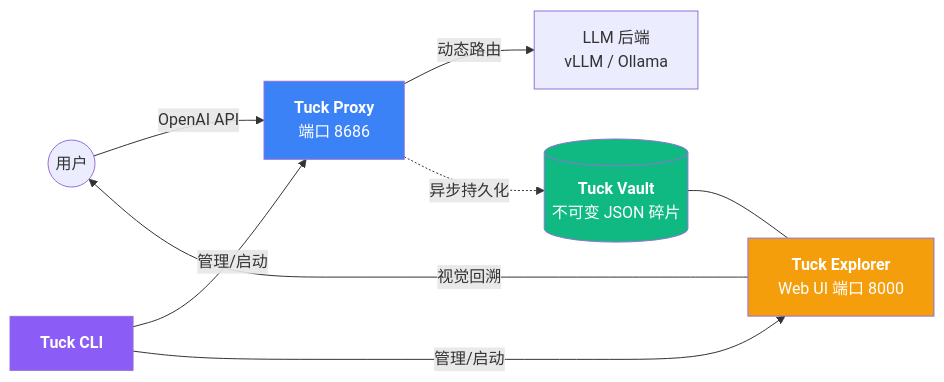
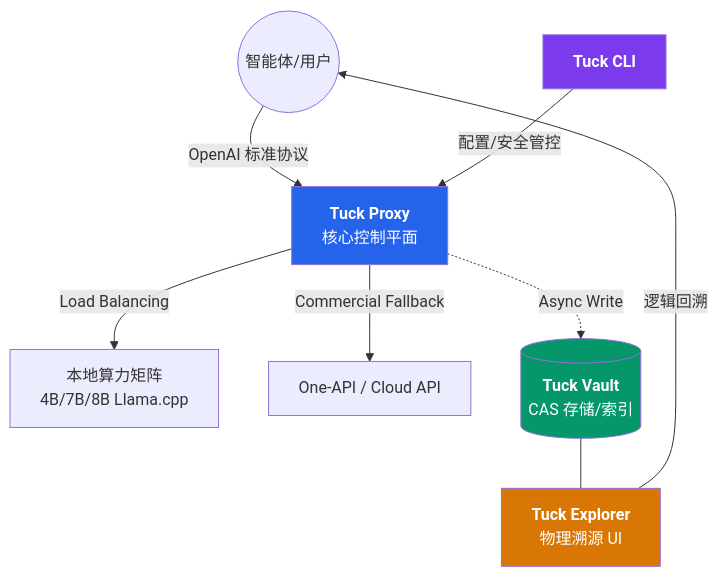
One commit to Jasonmilk/Tuck changed the diagram in README.md. Above: the diagram before and after it, drawn with Mermaid. The commit also changed other lines of this file, not shown here.

````diff
--- a/README.md
+++ b/README.md
@@ -40,17 +38,18 @@
 ```mermaid
-graph LR
-    User((用户)) -->|OpenAI API| Proxy[<b>Tuck Proxy</b><br/>端口 8686]
-    Proxy -->|动态路由| LLM[LLM 后端<br/>vLLM / Ollama]
-    Proxy -.->|异步持久化| Vault[(<b>Tuck Vault</b><br/>不可变 JSON 碎片)]
+graph TD
+    User((智能体/用户)) -->|OpenAI 标准协议| Proxy[<b>Tuck Proxy</b><br/>核心控制平面]
+    Proxy -->|Load Balancing| Local_LLM[本地算力矩阵<br/>4B/7B/8B Llama.cpp]
+    Proxy -->|Commercial Fallback| OneAPI[One-API / Cloud API]
     
-    Vault --- Explorer[<b>Tuck Explorer</b><br/>Web UI 端口 8000]
-    Explorer -->|视觉回溯| User
+    Proxy -.->|Async Write| Vault[(<b>Tuck Vault</b><br/>CAS 存储/索引)]
     
-    CLI[<b>Tuck CLI</b>] -->|管理/启动| Proxy
-    CLI -->|管理/启动| Explorer
+    Vault --- Explorer[<b>Tuck Explorer</b><br/>物理溯源 UI]
+    Explorer -->|逻辑回溯| User
     
-    style Proxy fill:#3b82f6,color:#fff
-    style Vault fill:#10b981,color:#fff
-    style Explorer fill:#f59e0b,color:#fff
-    style CLI fill:#8b5cf6,color:#fff
+    CLI[<b>Tuck CLI</b>] -->|配置/安全管控| Proxy
+    
+    style Proxy fill:#2563eb,color:#fff
+    style Vault fill:#059669,color:#fff
+    style Explorer fill:#d97706,color:#fff
+    style CLI fill:#7c3aed,color:#fff
 ```
````
